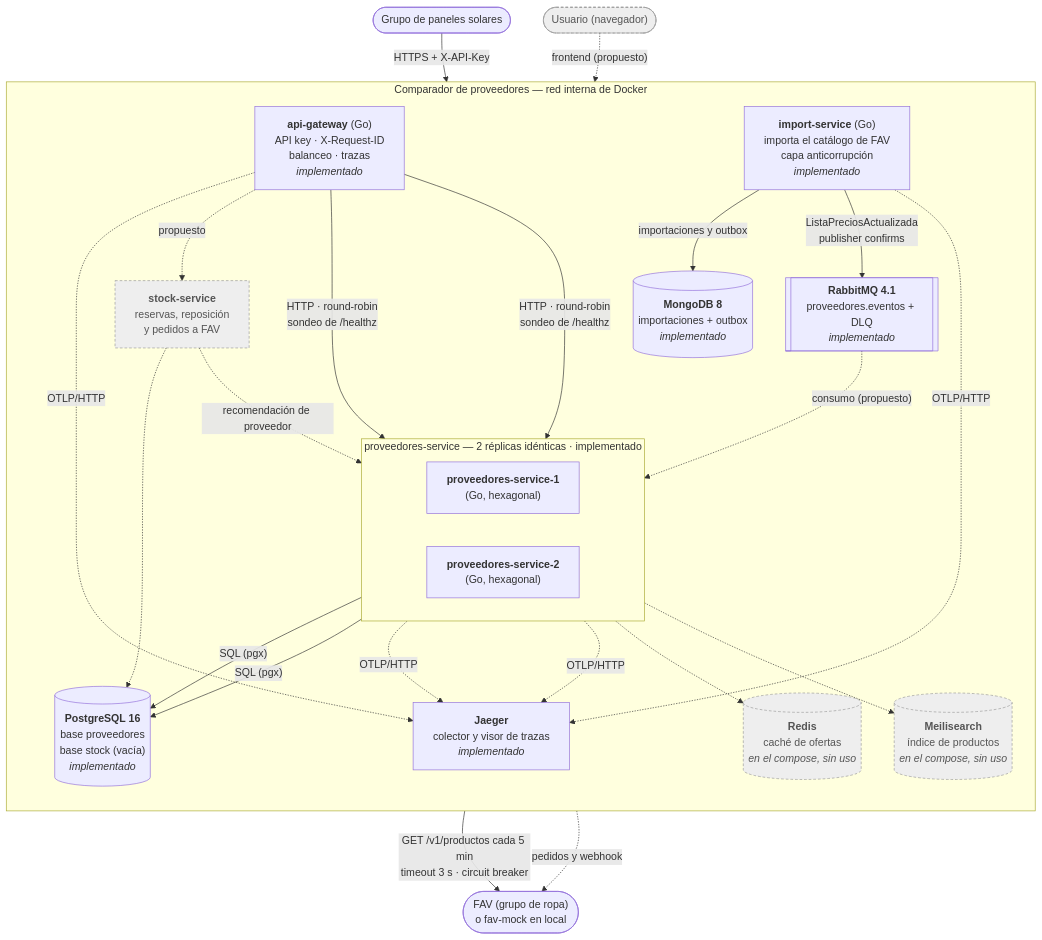
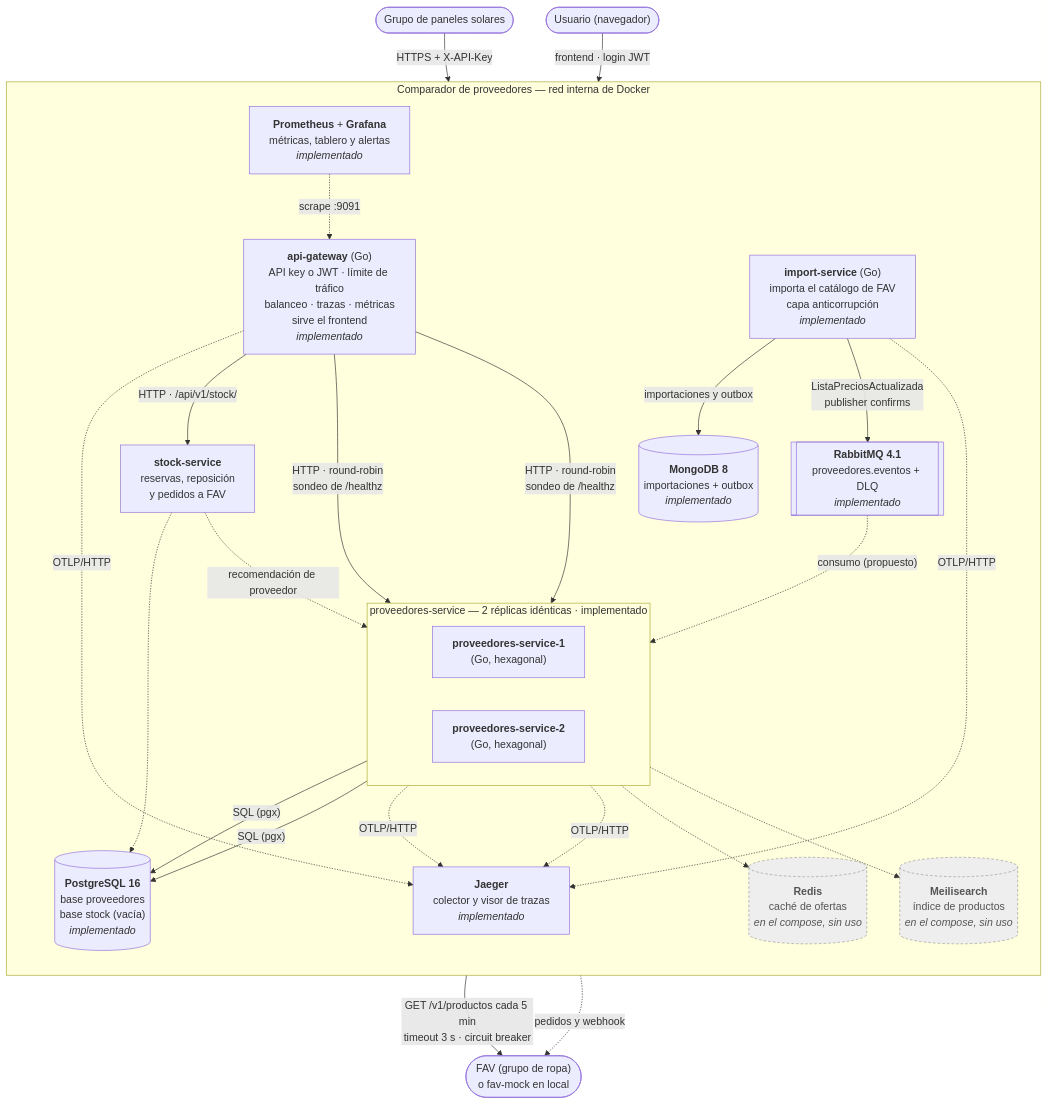
One commit to matiasdemetriorufeil/arq-soft-proveedores changed the second of 3 diagrams in docs/ARCHITECTURE.md. Above: the diagram before and after it, drawn with Mermaid. The commit also changed other lines of this file and 6 other files, not shown here.

Commit message:
docs: contrato 1.1.0, ADR-008, 010 y 011, ARCHITECTURE, plan con la parte 4

````diff
--- a/docs/ARCHITECTURE.md
+++ b/docs/ARCHITECTURE.md
@@ -62,56 +62,58 @@
 ```mermaid
 flowchart TB
     paneles(["Grupo de paneles solares"])
     usuario(["Usuario (navegador)"])
     ropa(["FAV (grupo de ropa)<br/>o fav-mock en local"])
 
     subgraph sistema["Comparador de proveedores — red interna de Docker"]
         direction TB
-        gw["<b>api-gateway</b> (Go)<br/>API key · X-Request-ID<br/>balanceo · trazas<br/><i>implementado</i>"]
+        gw["<b>api-gateway</b> (Go)<br/>API key o JWT · límite de tráfico<br/>balanceo · trazas · métricas<br/>sirve el frontend<br/><i>implementado</i>"]
+        prom["<b>Prometheus</b> + <b>Grafana</b><br/>métricas, tablero y alertas<br/><i>implementado</i>"]
 
         subgraph proveedores["proveedores-service — 2 réplicas idénticas · implementado"]
             direction LR
             p1["<b>proveedores-service-1</b><br/>(Go, hexagonal)"]
             p2["<b>proveedores-service-2</b><br/>(Go, hexagonal)"]
         end
 
         pg[("<b>PostgreSQL 16</b><br/>base proveedores<br/>base stock (vacía)<br/><i>implementado</i>")]
         jaeger["<b>Jaeger</b><br/>colector y visor de trazas<br/><i>implementado</i>"]
 
         imp["<b>import-service</b> (Go)<br/>importa el catálogo de FAV<br/>capa anticorrupción<br/><i>implementado</i>"]
         mongo[("<b>MongoDB 8</b><br/>importaciones + outbox<br/><i>implementado</i>")]
         rabbit[["<b>RabbitMQ 4.1</b><br/>proveedores.eventos + DLQ<br/><i>implementado</i>"]]
 
         stock["<b>stock-service</b><br/>reservas, reposición<br/>y pedidos a FAV"]
         redis[("<b>Redis</b><br/>caché de ofertas<br/><i>en el compose, sin uso</i>")]
         meili[("<b>Meilisearch</b><br/>índice de productos<br/><i>en el compose, sin uso</i>")]
     end
 
     paneles -- "HTTPS + X-API-Key" --> gw
-    usuario -. "frontend (propuesto)" .-> gw
+    usuario -- "frontend · login JWT" --> gw
 
     gw -- "HTTP · round-robin<br/>sondeo de /healthz" --> p1
     gw -- "HTTP · round-robin<br/>sondeo de /healthz" --> p2
     p1 -- "SQL (pgx)" --> pg
     p2 -- "SQL (pgx)" --> pg
 
     imp -- "GET /v1/productos cada 5 min<br/>timeout 3 s · circuit breaker" --> ropa
     imp -- "importaciones y outbox" --> mongo
     imp -- "ListaPreciosActualizada<br/>publisher confirms" --> rabbit
     rabbit -. "consumo (propuesto)" .-> p1
 
     gw -. "OTLP/HTTP" .-> jaeger
     p1 -. "OTLP/HTTP" .-> jaeger
     p2 -. "OTLP/HTTP" .-> jaeger
     imp -. "OTLP/HTTP" .-> jaeger
 
-    gw -. "propuesto" .-> stock
+    gw -- "HTTP · /api/v1/stock/" --> stock
+    prom -. "scrape :9091" .-> gw
     stock -. "recomendación de proveedor" .-> p1
     stock -. "pedidos y webhook" .-> ropa
     stock -.-> pg
     p1 -.-> redis
     p1 -.-> meili
 
     classDef propuesto fill:#eeeeee,stroke:#999999,stroke-dasharray: 4 3,color:#555555
-    class stock,redis,meili,usuario propuesto
+    class redis,meili propuesto
 ```
````
